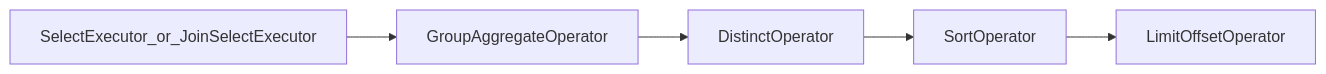
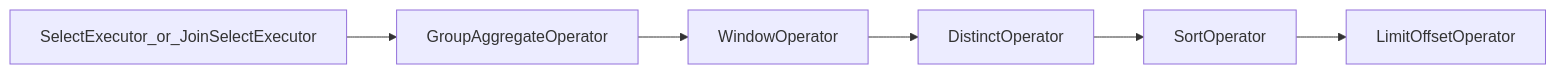
Before and after one commit to Aram47/custom-sql-database: the second of 2 diagrams in README.md, drawn with Mermaid. The commit also changed other lines of this file and 112 other files, not shown here.

````diff
--- a/README.md
+++ b/README.md
@@ -361,12 +449,14 @@
 ```mermaid
 flowchart LR
   Scan[SelectExecutor_or_JoinSelectExecutor]
   Group[GroupAggregateOperator]
+  Win[WindowOperator]
   Distinct[DistinctOperator]
   Sort[SortOperator]
   Limit[LimitOffsetOperator]
   Scan --> Group
-  Group --> Distinct
+  Group --> Win
+  Win --> Distinct
   Distinct --> Sort
   Sort --> Limit
 ```
````
